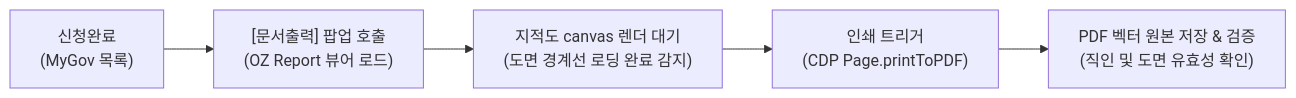
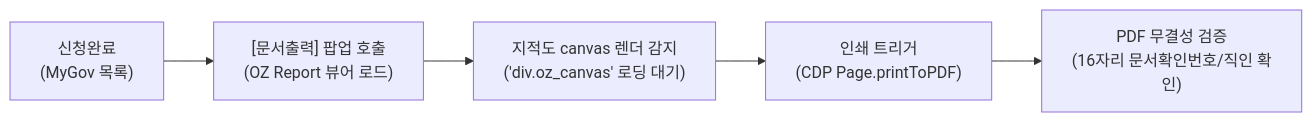
The second of 3 diagrams in docs/members/R04/workspace/2026-11-16_R04_공공서류_수집자동화_기술검토_및_해결안.md (ik-e/chaja-you), drawn with Mermaid before and after one commit. The commit also changed other lines of this file and 4 other files, not shown here.

````diff
--- a/docs/members/R04/workspace/2026-11-16_R04_공공서류_수집자동화_기술검토_및_해결안.md
+++ b/docs/members/R04/workspace/2026-11-16_R04_공공서류_수집자동화_기술검토_및_해결안.md
@@ -99,7 +88,7 @@
 ```mermaid
 flowchart LR
     A["신청완료<br/>(MyGov 목록)"] --> B["[문서출력] 팝업 호출<br/>(OZ Report 뷰어 로드)"]
-    B --> C["지적도 canvas 렌더 대기<br/>(도면 경계선 로딩 완료 감지)"]
+    B --> C["지적도 canvas 렌더 감지<br/>('div.oz_canvas' 로딩 대기)"]
     C --> D["인쇄 트리거<br/>(CDP Page.printToPDF)"]
-    D --> E["PDF 벡터 원본 저장 & 검증<br/>(직인 및 도면 유효성 확인)"]
+    D --> E["PDF 무결성 검증<br/>(16자리 문서확인번호/직인 확인)"]
 ```
````
